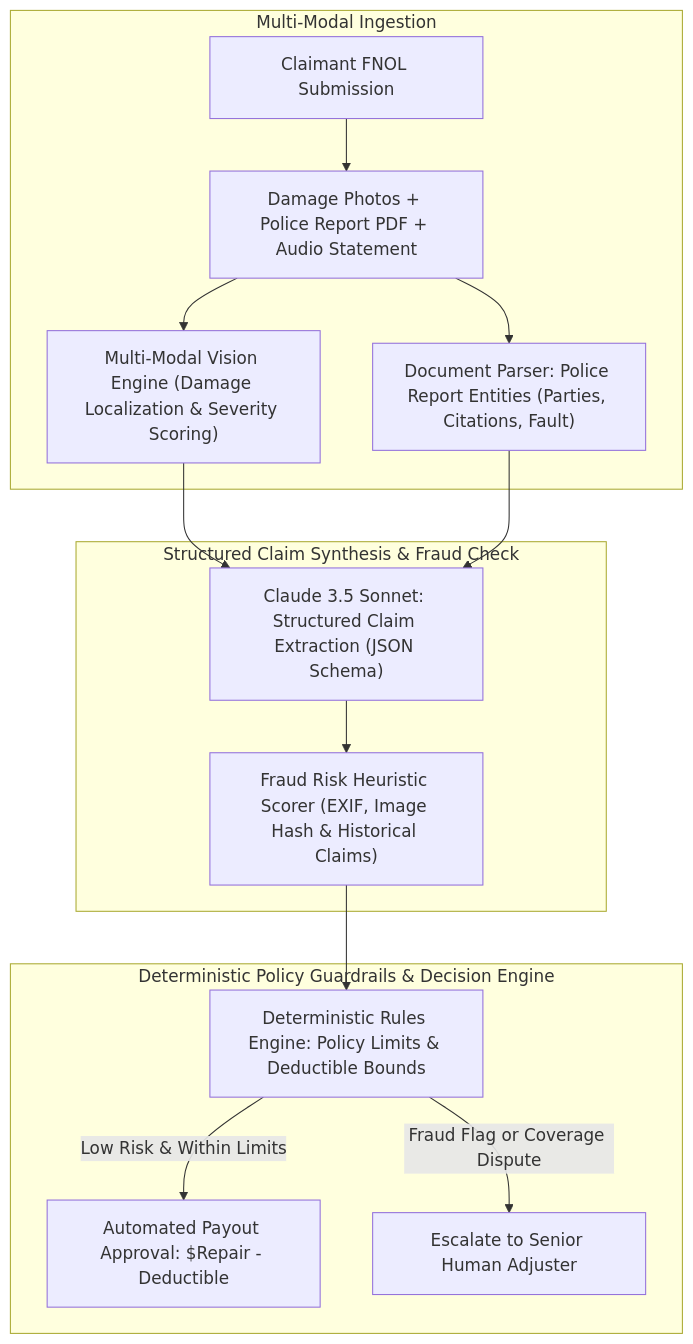
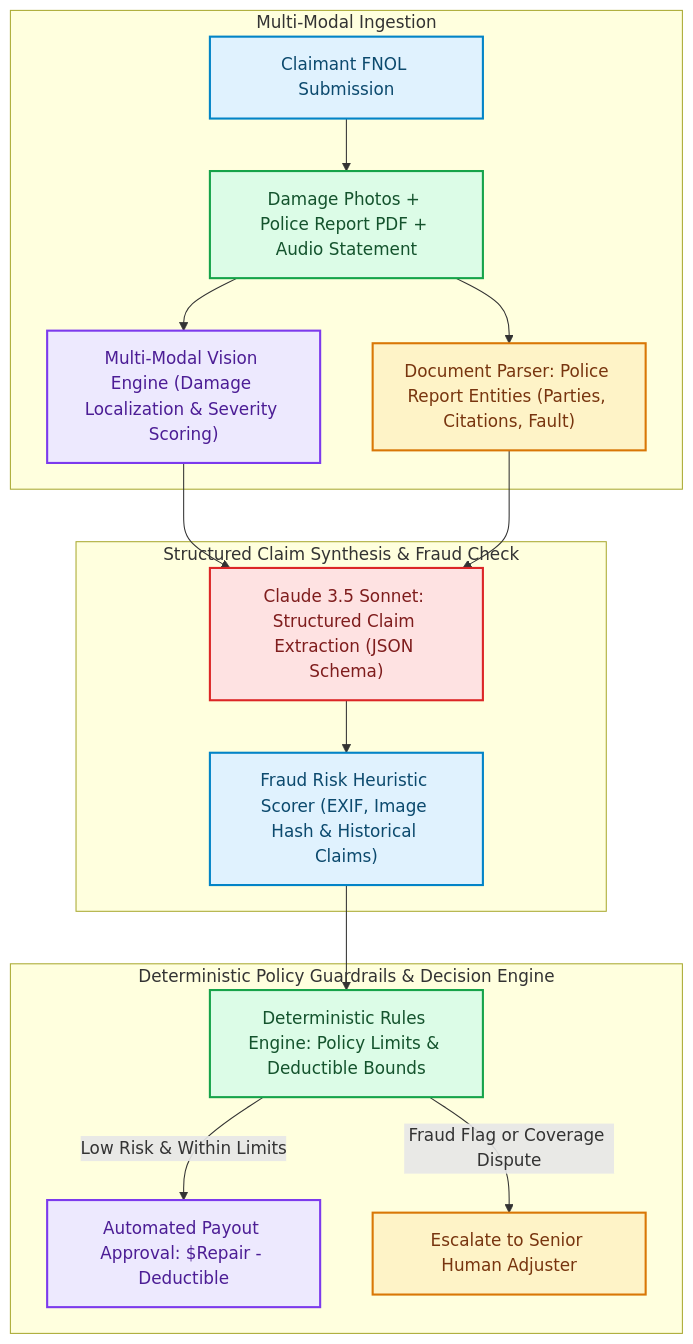
The diagram in blog/posts/engineering-claimpilot-ai-insurance-claims-adjudication-guardrails.md (akmalkhaniub/akmalkhaniub.github.io), drawn with Mermaid before and after one commit. The commit also changed other lines of this file and 1291 other files, not shown here.

First line of the commit message:
feat(catalog): unique covers, scholarly references, and diagram palettes

````diff
--- a/blog/posts/engineering-claimpilot-ai-insurance-claims-adjudication-guardrails.md
+++ b/blog/posts/engineering-claimpilot-ai-insurance-claims-adjudication-guardrails.md
@@ -21,19 +21,30 @@
 ```mermaid
 flowchart TD
   subgraph SG1_MultiModalIngestion ["Multi-Modal Ingestion"]
-    Claimant[Claimant FNOL Submission] --> Uploads[Damage Photos + Police Report PDF + Audio Statement]
+    Claimant["Claimant FNOL Submission"] --> Uploads["Damage Photos + Police Report PDF + Audio Statement"]
     Uploads --> Vision["Multi-Modal Vision Engine (Damage Localization & Severity Scoring)"]
     Uploads --> DocParser["Document Parser: Police Report Entities (Parties, Citations, Fault)"]
   end
   
   subgraph SG2_StructuredClaimSynthesis ["Structured Claim Synthesis & Fraud Check"]
     Vision & DocParser --> Synthesizer["Claude 3.5 Sonnet: Structured Claim Extraction (JSON Schema)"]
     Synthesizer --> FraudEngine["Fraud Risk Heuristic Scorer (EXIF, Image Hash & Historical Claims)"]
   end
   
   subgraph SG3_DeterministicPolicyGuardrails ["Deterministic Policy Guardrails & Decision Engine"]
     FraudEngine --> Guardrails["Deterministic Rules Engine: Policy Limits & Deductible Bounds"]
     Guardrails -->|Low Risk & Within Limits| AutoApprove[" Automated Payout Approval: $Repair - Deductible"]
     Guardrails -->|Fraud Flag or Coverage Dispute| ManualReview[" Escalate to Senior Human Adjuster"]
   end
+
+classDef green fill:#dcfce7,stroke:#16a34a,stroke-width:2px,color:#14532d;
+classDef red fill:#fee2e2,stroke:#dc2626,stroke-width:2px,color:#7f1d1d;
+classDef blue fill:#e0f2fe,stroke:#0284c7,stroke-width:2px,color:#0c4a6e;
+classDef yellow fill:#fef3c7,stroke:#d97706,stroke-width:2px,color:#78350f;
+classDef purple fill:#ede9fe,stroke:#7c3aed,stroke-width:2px,color:#4c1d95;
+class Claimant,FraudEngine blue
+class Uploads,Guardrails green
+class Vision,AutoApprove purple
+class DocParser,ManualReview yellow
+class Synthesizer red
 ```
````
